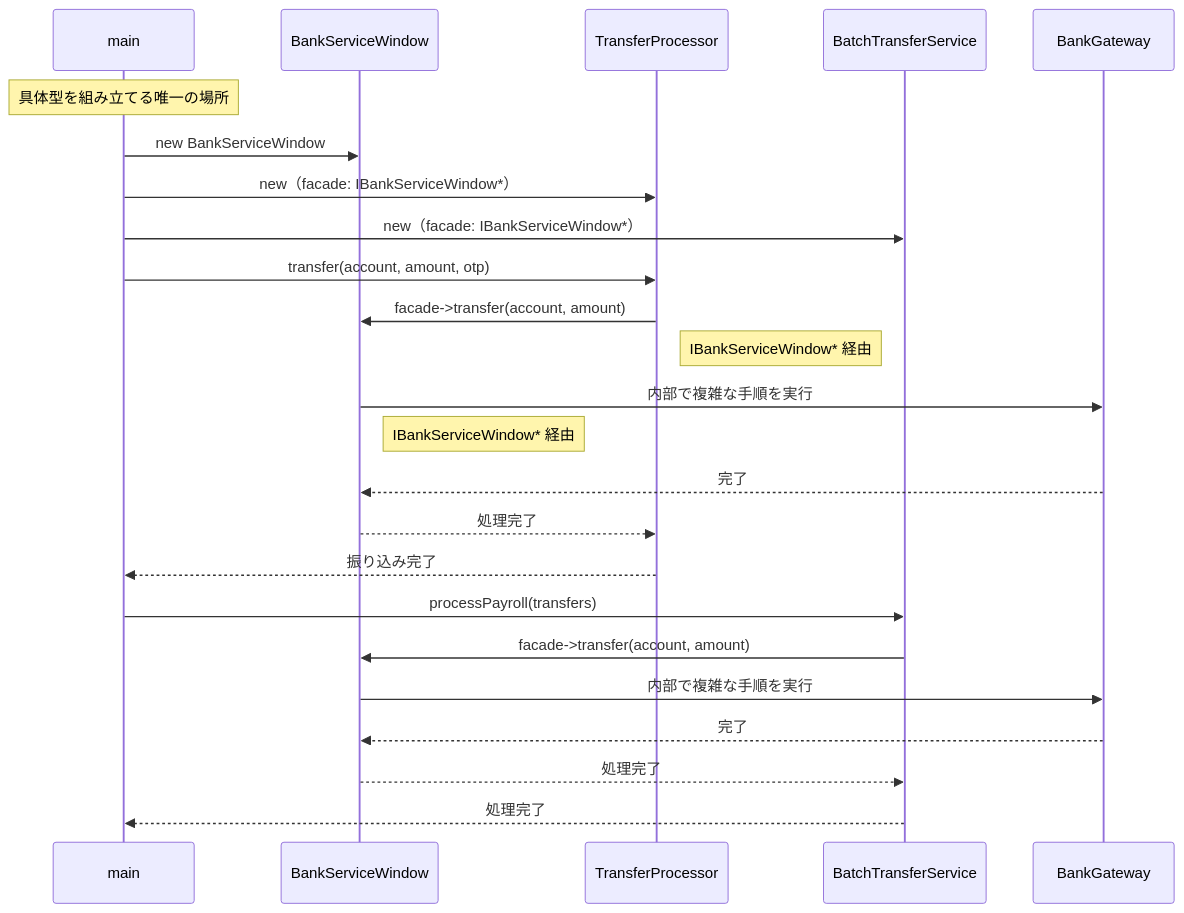
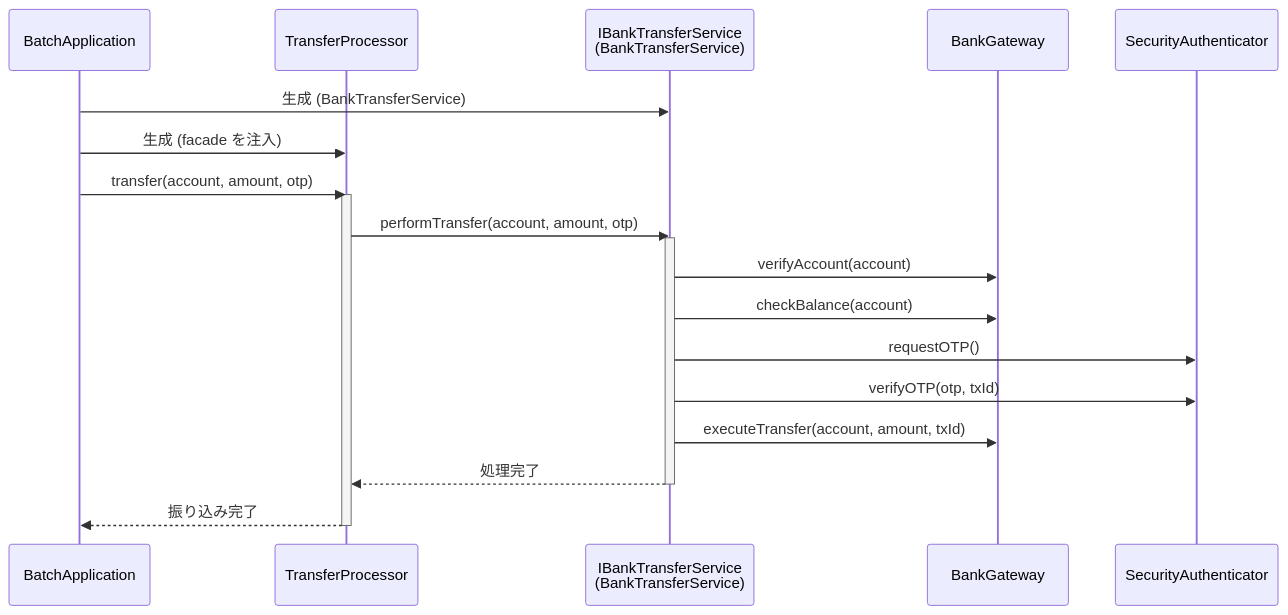
Before and after one commit to kumachan1101-pixel/DesignPattern: the third of 5 diagrams in kindle/design-patterns/output/chapter02.md, drawn with Mermaid. The commit also changed other lines of this file and 10 other files, not shown here.

````diff
--- a/kindle/design-patterns/output/chapter02.md
+++ b/kindle/design-patterns/output/chapter02.md
@@ -1060,26 +892,24 @@
 ```mermaid
 sequenceDiagram
-    participant main
-    participant BF as BankServiceWindow
-    participant TP as TransferProcessor
-    participant BTS as BatchTransferService
-    participant BG as BankGateway
-    Note over main: 具体型を組み立てる唯一の場所
-    main->>BF: new BankServiceWindow
-    main->>TP: new（facade: IBankServiceWindow*）
-    main->>BTS: new（facade: IBankServiceWindow*）
-    main->>TP: transfer(account, amount, otp)
-    TP->>BF: facade->transfer(account, amount)
-    Note right of TP: IBankServiceWindow* 経由
-    BF->>BG: 内部で複雑な手順を実行
-    Note right of BF: IBankServiceWindow* 経由
-    BG-->>BF: 完了
-    BF-->>TP: 処理完了
-    TP-->>main: 振り込み完了
-    main->>BTS: processPayroll(transfers)
-    BTS->>BF: facade->transfer(account, amount)
-    BF->>BG: 内部で複雑な手順を実行
-    BG-->>BF: 完了
-    BF-->>BTS: 処理完了
-    BTS-->>main: 処理完了
+    participant B as BatchApplication
+    participant T as TransferProcessor
+    participant F as IBankTransferService<br/>(BankTransferService)
+    participant G as BankGateway
+    participant A as SecurityAuthenticator
+
+    B->>F: 生成 (BankTransferService)
+    B->>T: 生成 (facade を注入)
+    B->>T: transfer(account, amount, otp)
+    activate T
+    T->>F: performTransfer(account, amount, otp)
+    activate F
+    F->>G: verifyAccount(account)
+    F->>G: checkBalance(account)
+    F->>A: requestOTP()
+    F->>A: verifyOTP(otp, txId)
+    F->>G: executeTransfer(account, amount, txId)
+    F-->>T: 処理完了
+    deactivate F
+    T-->>B: 振り込み完了
+    deactivate T
 ```
````
